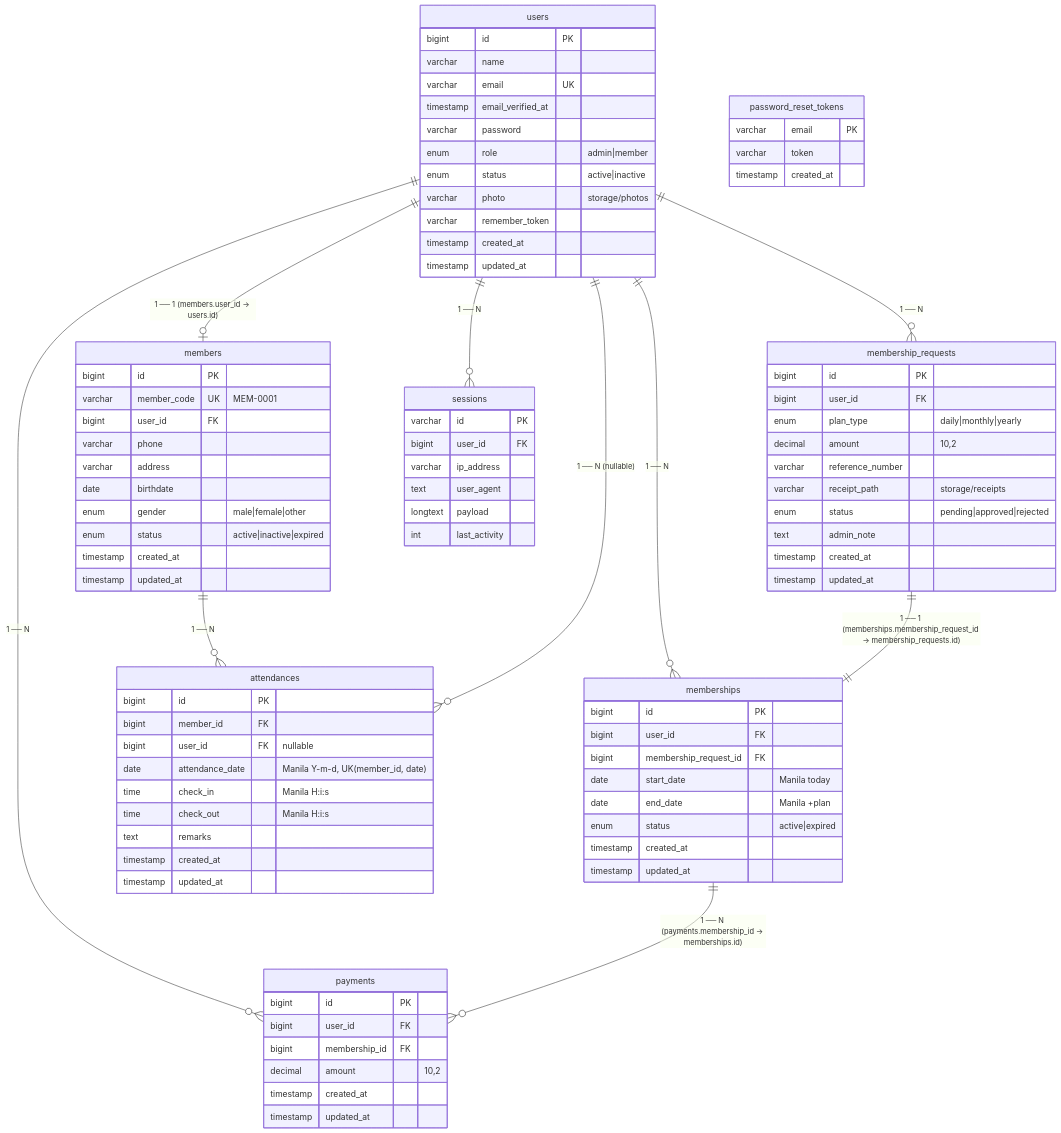
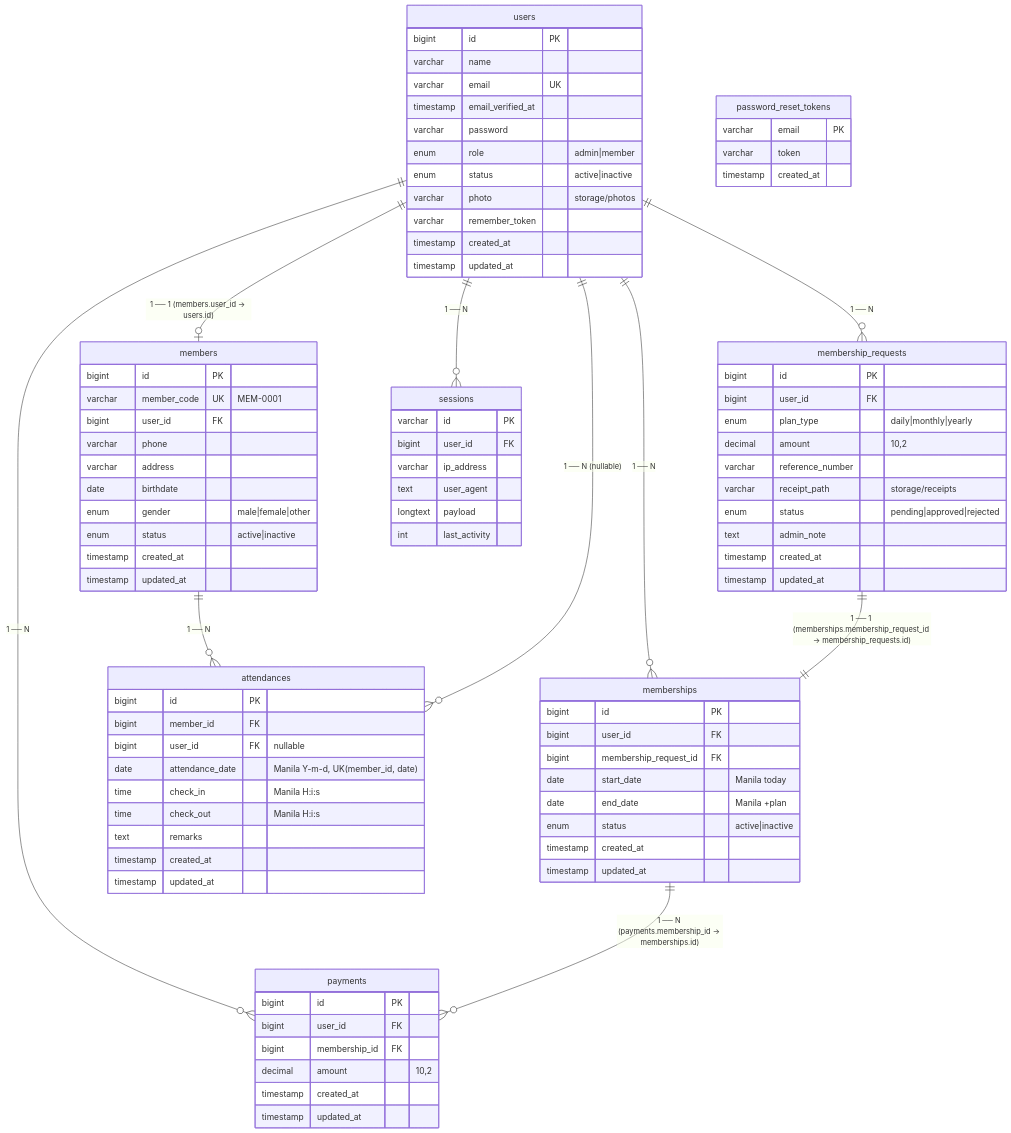
Before and after one commit to JesselZapanta/fitpay: the diagram in ERD.md, drawn with Mermaid. The commit also changed 31 other files, not shown here.

First line of the commit message:
feat(statuses): normalize members and memberships to active/inactive

```diff
--- a/ERD.md
+++ b/ERD.md
@@ -41,7 +41,7 @@
         varchar address
         date birthdate
         enum gender "male|female|other"
-        enum status "active|inactive|expired"
+        enum status "active|inactive"
         timestamp created_at
         timestamp updated_at
     }
@@ -63,7 +63,7 @@
         bigint membership_request_id FK
         date start_date "Manila today"
         date end_date "Manila +plan"
-        enum status "active|expired"
+        enum status "active|inactive"
         timestamp created_at
         timestamp updated_at
     }
```
